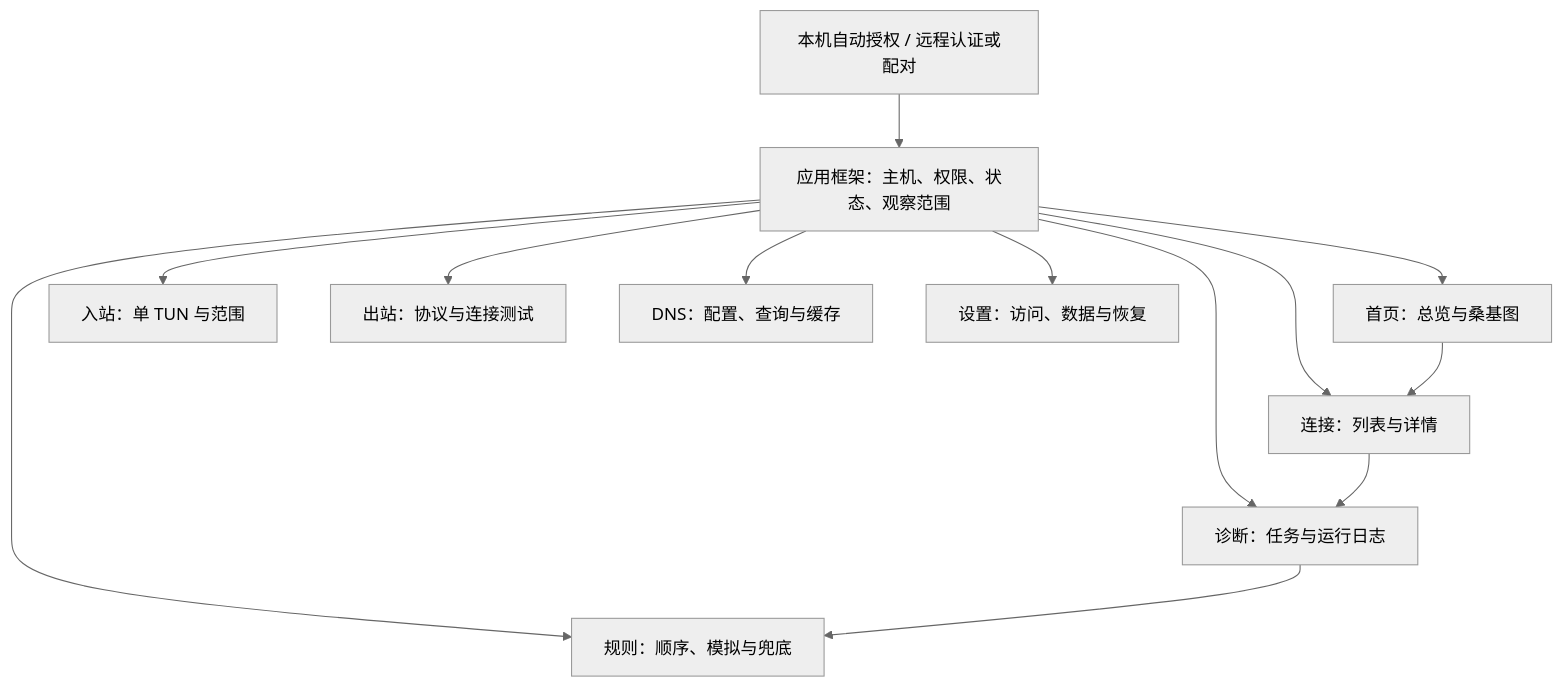
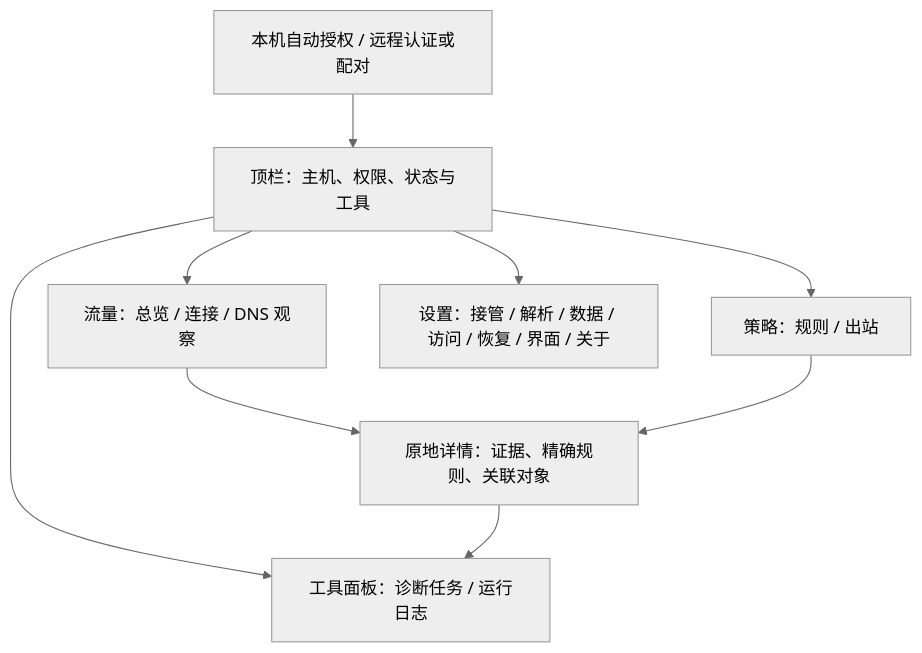
One commit to xjdrew/kone changed the first of 3 diagrams in docs/requirements/web-ui.md. Above: the diagram before and after it, drawn with Mermaid (neutral theme). The commit also changed other lines of this file and 5 other files, not shown here.

````diff
--- a/docs/requirements/web-ui.md
+++ b/docs/requirements/web-ui.md
@@ -15,15 +21,11 @@
 ```mermaid
 flowchart TD
-  A[本机自动授权 / 远程认证或配对] --> B[应用框架：主机、权限、状态、观察范围]
-  B --> H[首页：总览与桑基图]
-  B --> C[连接：列表与详情]
-  B --> I[入站：单 TUN 与范围]
-  B --> O[出站：协议与连接测试]
-  B --> R[规则：顺序、模拟与兜底]
-  B --> D[DNS：配置、查询与缓存]
-  B --> T[诊断：任务与运行日志]
-  B --> S[设置：访问、数据与恢复]
-  H --> C
-  C --> T
-  T --> R
+  A[本机自动授权 / 远程认证或配对] --> B[顶栏：主机、权限、状态与工具]
+  B --> F[流量：总览 / 连接 / DNS 观察]
+  B --> P[策略：规则 / 出站]
+  B --> S[设置：接管 / 解析 / 数据 / 访问 / 恢复 / 界面 / 关于]
+  B --> T[工具面板：诊断任务 / 运行日志]
+  F --> I[原地详情：证据、精确规则、关联对象]
+  P --> I
+  I --> T
 ```
````
